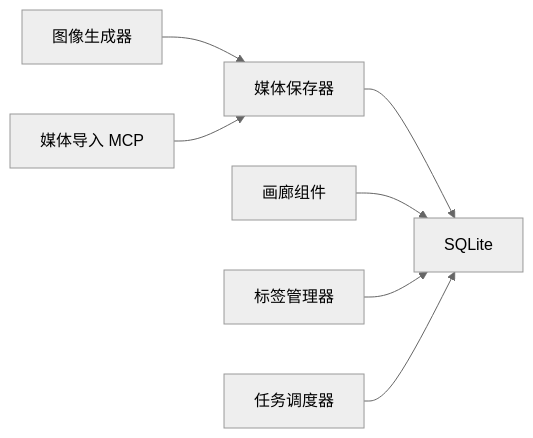
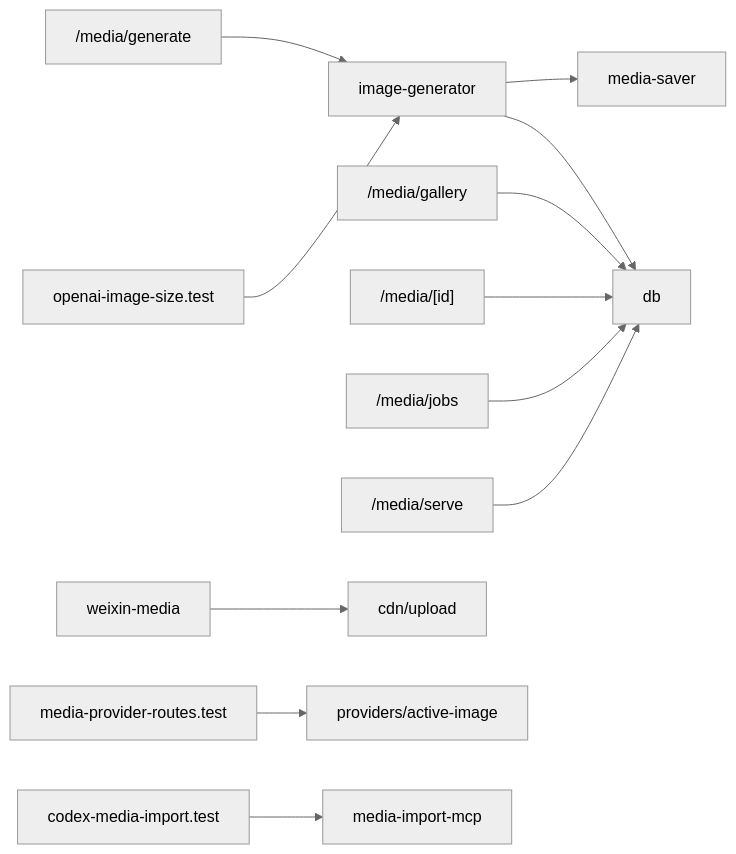
One commit to haolange/CodePilot changed the eighth of 8 diagrams in .qoder/repowiki/zh/content/API 参考/媒体 API.md. Above: the diagram before and after it, drawn with Mermaid (neutral theme). The commit also changed other lines of this file and 203 other files, not shown here.

````diff
--- a/.qoder/repowiki/zh/content/API 参考/媒体 API.md
+++ b/.qoder/repowiki/zh/content/API 参考/媒体 API.md
@@ -392,9 +366,14 @@
 ```mermaid
 graph LR
-IMG["图像生成器"] --> SAV["媒体保存器"]
-IMP["媒体导入 MCP"] --> SAV
-SAV --> DB["SQLite"]
-GG["画廊组件"] --> DB
-TM["标签管理器"] --> DB
-SCH["任务调度器"] --> DB
+API_GEN["/media/generate"] --> IMGGEN["image-generator"]
+API_GALLERY["/media/gallery"] --> DB["db"]
+API_ITEM["/media/[id]"] --> DB
+API_JOBS["/media/jobs"] --> DB
+API_SERVE["/media/serve"] --> DB
+IMGGEN --> MEDIASAVE["media-saver"]
+IMGGEN --> DB
+WXMEDIA["weixin-media"] --> CDNUPLOAD["cdn/upload"]
+TEST_SIZE["openai-image-size.test"] --> IMGGEN
+TEST_PROVIDER["media-provider-routes.test"] --> API_PROVIDERS["providers/active-image"]
+TEST_IMPORT["codex-media-import.test"] --> IMPORTMCP["media-import-mcp"]
 ```
````
